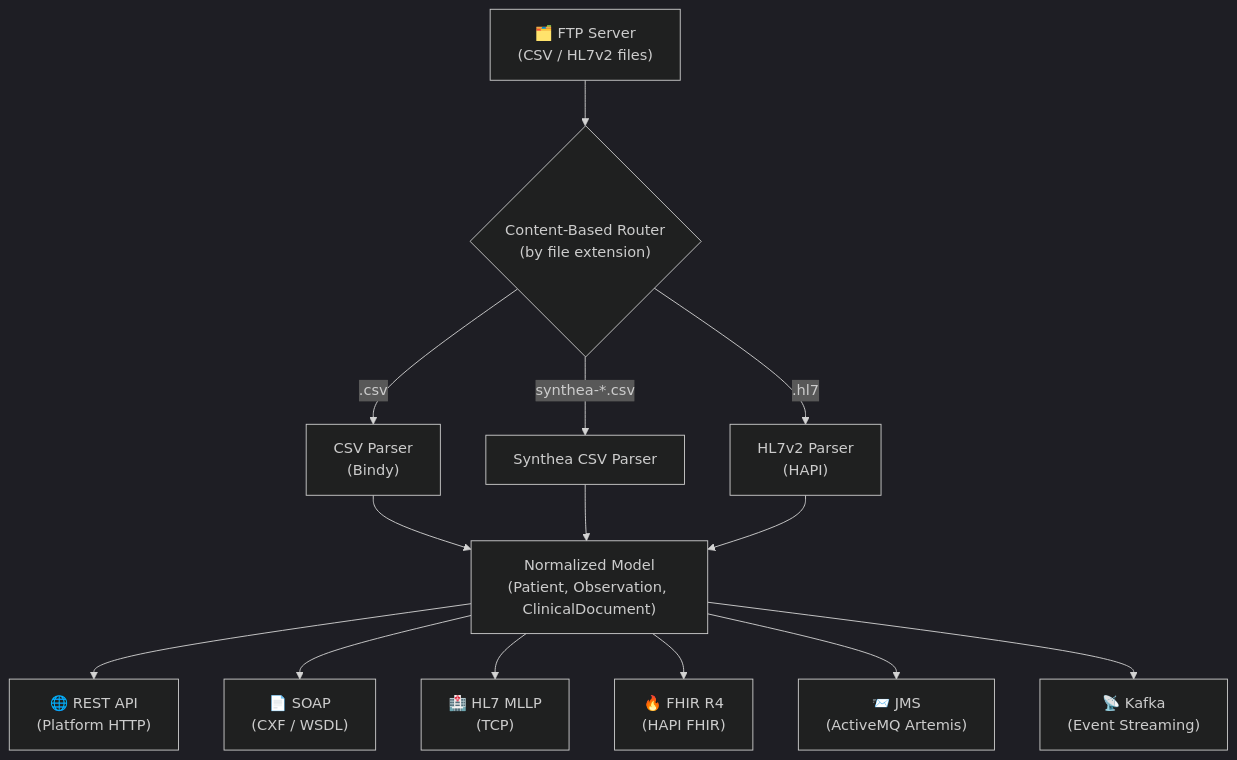
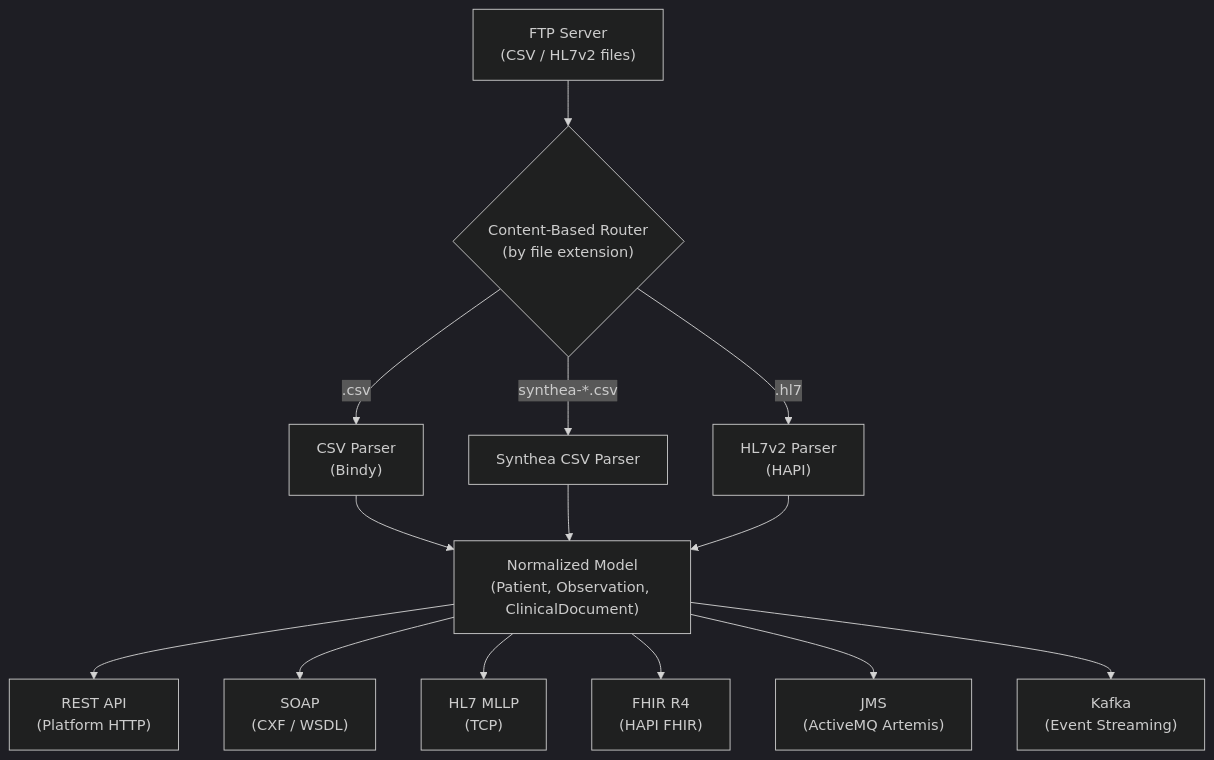
Before and after one commit to samueltauil/camel-healthcare-data-hub: the first of 3 diagrams in README.md, drawn with Mermaid (dark theme). The commit also changed other lines of this file, not shown here.

Commit message:
docs: remove all emojis from README

````diff
--- a/README.md
+++ b/README.md
@@ -24,25 +24,25 @@
 ```mermaid
 flowchart TD
-    FTP["🗂️ FTP Server\n(CSV / HL7v2 files)"]
+    FTP["FTP Server\n(CSV / HL7v2 files)"]
     ROUTER{"Content-Based Router\n(by file extension)"}
     CSV["CSV Parser\n(Bindy)"]
     SYNTHEA["Synthea CSV Parser"]
     HL7["HL7v2 Parser\n(HAPI)"]
     MODEL["Normalized Model\n(Patient, Observation, ClinicalDocument)"]
 
     FTP --> ROUTER
     ROUTER -->|.csv| CSV
     ROUTER -->|synthea-*.csv| SYNTHEA
     ROUTER -->|.hl7| HL7
 
     CSV --> MODEL
     SYNTHEA --> MODEL
     HL7 --> MODEL
 
-    MODEL --> REST["🌐 REST API\n(Platform HTTP)"]
-    MODEL --> SOAP["📄 SOAP\n(CXF / WSDL)"]
-    MODEL --> MLLP["🏥 HL7 MLLP\n(TCP)"]
-    MODEL --> FHIR["🔥 FHIR R4\n(HAPI FHIR)"]
-    MODEL --> JMS["📨 JMS\n(ActiveMQ Artemis)"]
-    MODEL --> KAFKA["📡 Kafka\n(Event Streaming)"]
+    MODEL --> REST["REST API\n(Platform HTTP)"]
+    MODEL --> SOAP["SOAP\n(CXF / WSDL)"]
+    MODEL --> MLLP["HL7 MLLP\n(TCP)"]
+    MODEL --> FHIR["FHIR R4\n(HAPI FHIR)"]
+    MODEL --> JMS["JMS\n(ActiveMQ Artemis)"]
+    MODEL --> KAFKA["Kafka\n(Event Streaming)"]
 ```
````
